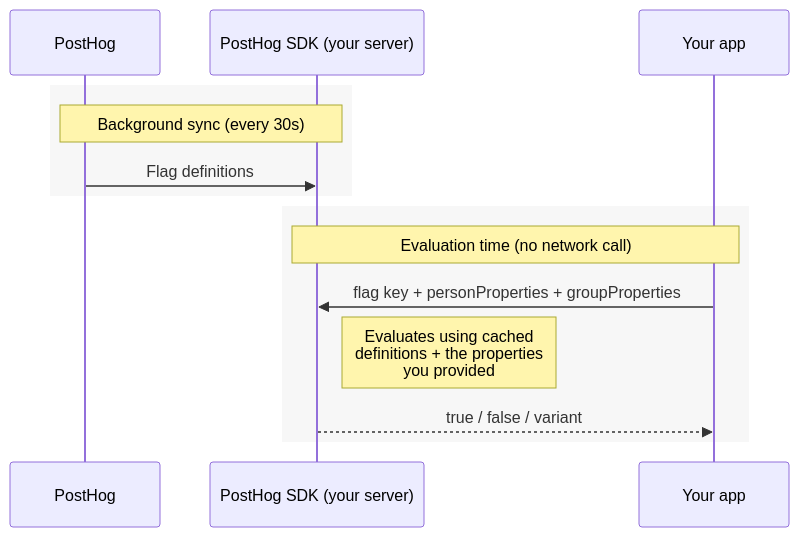
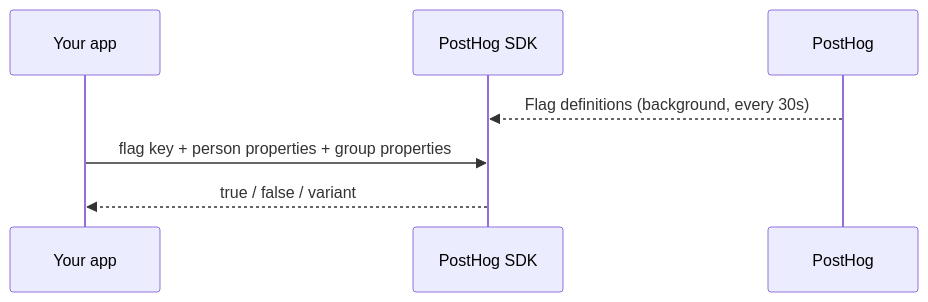
One commit to PostHog/posthog.com changed the second of 2 diagrams in contents/docs/feature-flags/local-evaluation/index.mdx. Above: the diagram before and after it, drawn with Mermaid. The commit also changed other lines of this file, not shown here.

Commit message:
Simplify diagrams for clarity
- Remove rect backgrounds and verbose notes
- Put Your App on the left in both diagrams so they read naturally
- Local eval: PostHog column is visually idle during evaluation,
  making the "no network call" point obvious at a glance
- Tighten surrounding copy

````diff
--- a/contents/docs/feature-flags/local-evaluation/index.mdx
+++ b/contents/docs/feature-flags/local-evaluation/index.mdx
@@ -38,16 +38,9 @@
 ```mermaid
 sequenceDiagram
+    participant App as Your app
+    participant SDK as PostHog SDK
     participant PH as PostHog
-    participant SDK as PostHog SDK (your server)
-    participant App as Your app
-    rect rgba(0, 0, 0, 0.03)
-    Note over PH,SDK: Background sync (every 30s)
-    PH->>SDK: Flag definitions
-    end
-    rect rgba(0, 0, 0, 0.03)
-    Note over SDK,App: Evaluation time (no network call)
-    App->>SDK: flag key + personProperties + groupProperties
-    Note right of SDK: Evaluates using cached<br/>definitions + the properties<br/>you provided
+    PH-->>SDK: Flag definitions (background, every 30s)
+    App->>SDK: flag key + person properties + group properties
     SDK-->>App: true / false / variant
-    end
 ```
````
